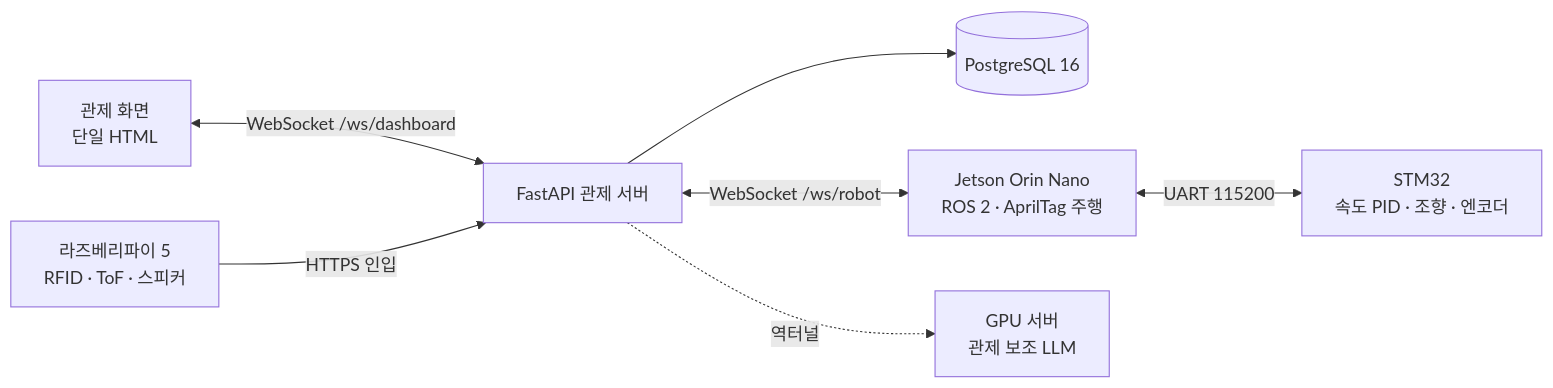
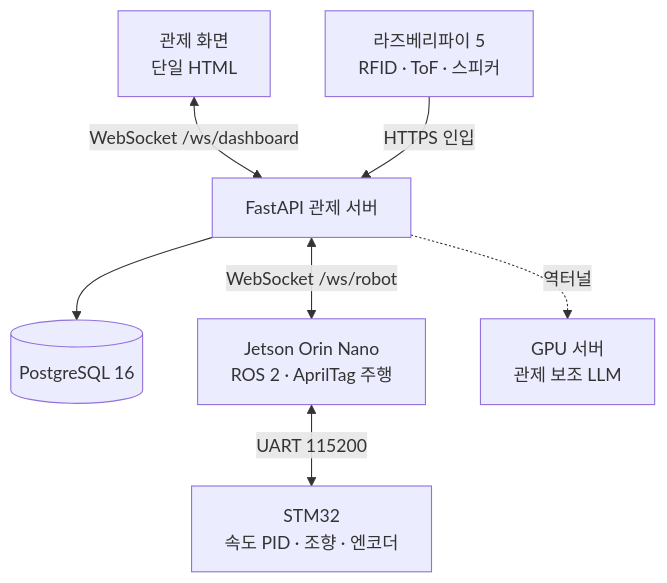
The second of 3 diagrams in README.md (handongin1500/handongin1500), drawn with Mermaid before and after one commit. The commit also changed other lines of this file, not shown here.

First line of the commit message:
README: 검토 반영 — 구조도 배치, 휴대폰 줄바꿈, 표 정렬, 공지 문맥 검토 줄

````diff
--- a/README.md
+++ b/README.md
@@ -297,9 +299,9 @@
 ```mermaid
-flowchart LR
+flowchart TB
   UI["관제 화면<br/>단일 HTML"] <-->|"WebSocket /ws/dashboard"| API["FastAPI 관제 서버"]
   RPI["라즈베리파이 5<br/>RFID · ToF · 스피커"] -->|"HTTPS 인입"| API
   API --> DB[("PostgreSQL 16")]
   API <-->|"WebSocket /ws/robot"| JET["Jetson Orin Nano<br/>ROS 2 · AprilTag 주행"]
   JET <-->|"UART 115200"| MCU["STM32<br/>속도 PID · 조향 · 엔코더"]
   API -.->|"역터널"| LLM["GPU 서버<br/>관제 보조 LLM"]
 ```
````
